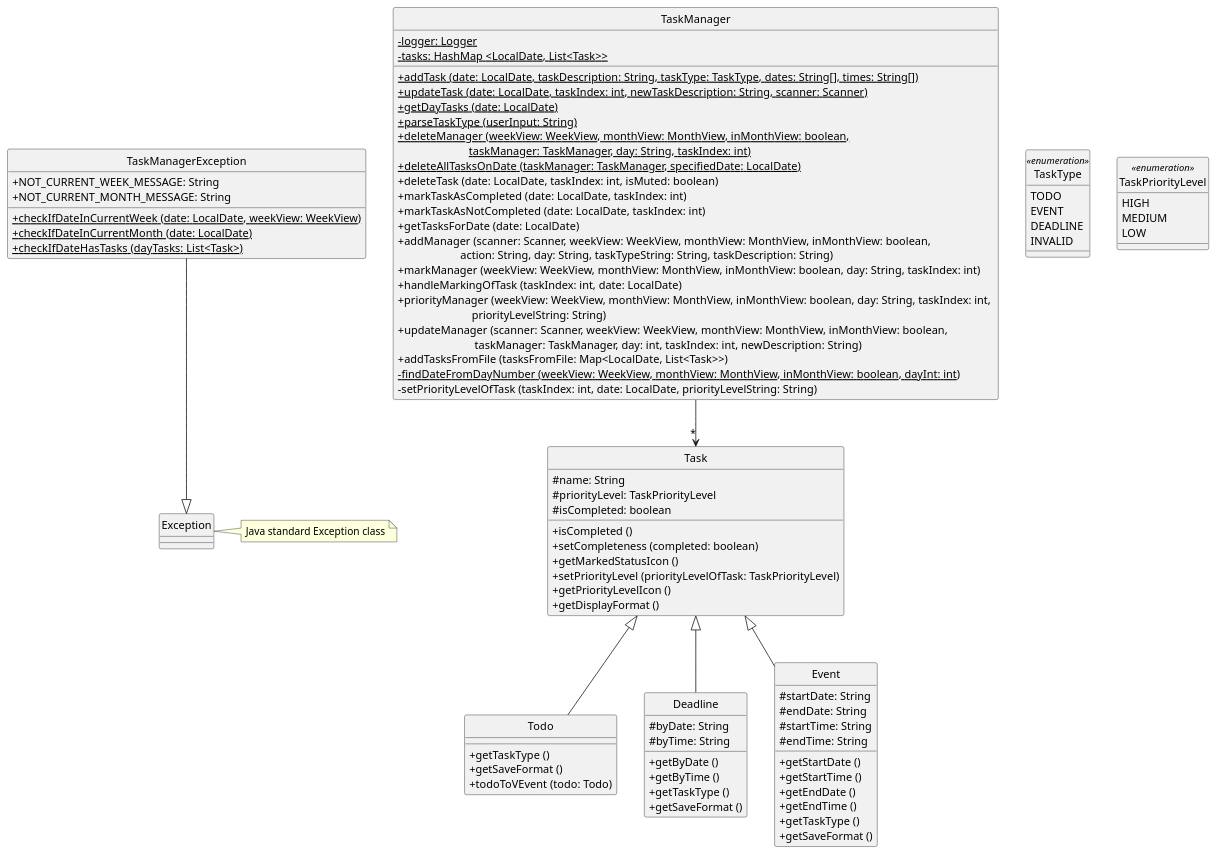
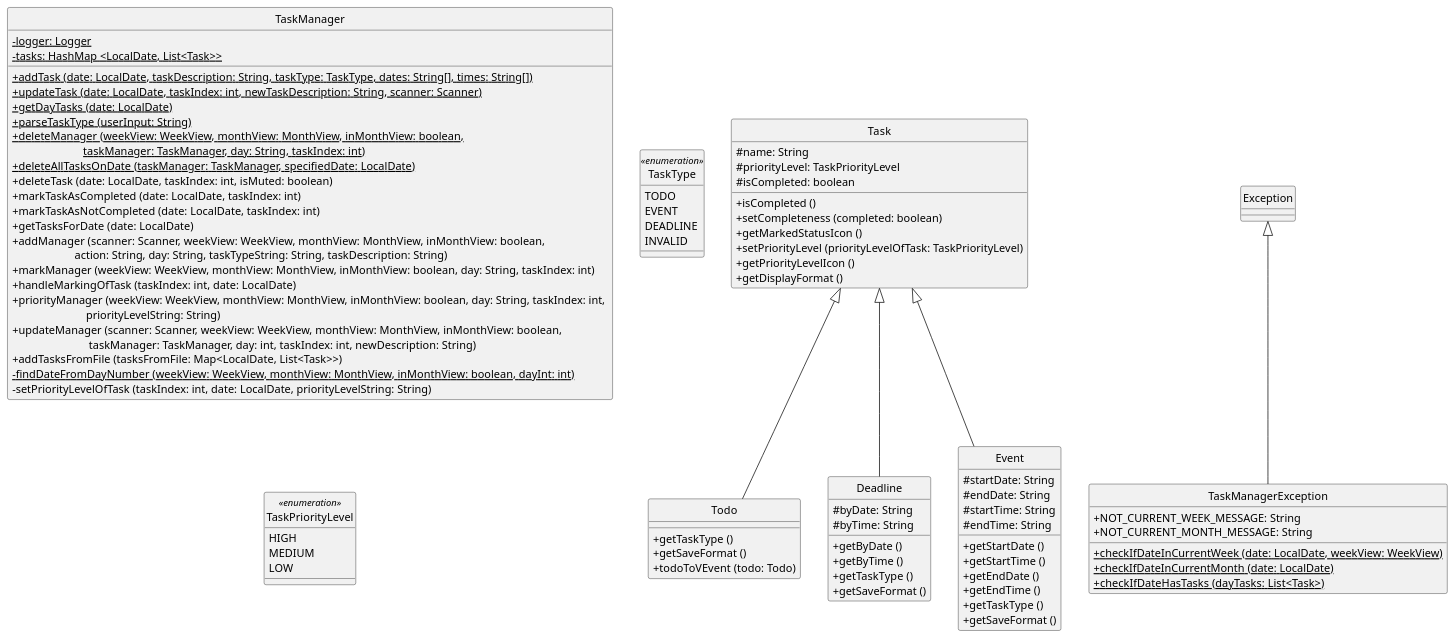
One commit to clarencepohh/tp changed the diagram in docs/diagrams/class/Data.puml. Above: the diagram before and after it, drawn with PlantUML.

Commit message:
Fix merge conflict issues

```diff
--- a/docs/diagrams/class/Data.puml
+++ b/docs/diagrams/class/Data.puml
@@ -1,94 +1,90 @@
 @startuml
 
 skinparam classAttributeIconSize 0
 
 class TaskManager {
 - {static} logger: Logger
 - {static} tasks: HashMap <LocalDate, List<Task>>
 + {static} addTask (date: LocalDate, taskDescription: String, taskType: TaskType, dates: String[], times: String[])
 + {static} updateTask (date: LocalDate, taskIndex: int, newTaskDescription: String, scanner: Scanner)
 + {static} getDayTasks (date: LocalDate)
 + {static} parseTaskType (userInput: String)
 + {static} deleteManager (weekView: WeekView, monthView: MonthView, inMonthView: boolean, \n                         taskManager: TaskManager, day: String, taskIndex: int)
 + {static} deleteAllTasksOnDate (taskManager: TaskManager, specifiedDate: LocalDate)
 + deleteTask (date: LocalDate, taskIndex: int, isMuted: boolean)
 + markTaskAsCompleted (date: LocalDate, taskIndex: int)
 + markTaskAsNotCompleted (date: LocalDate, taskIndex: int)
 + getTasksForDate (date: LocalDate)
 + addManager (scanner: Scanner, weekView: WeekView, monthView: MonthView, inMonthView: boolean, \n                      action: String, day: String, taskTypeString: String, taskDescription: String)
 + markManager (weekView: WeekView, monthView: MonthView, inMonthView: boolean, day: String, taskIndex: int)
 + handleMarkingOfTask (taskIndex: int, date: LocalDate)
 + priorityManager (weekView: WeekView, monthView: MonthView, inMonthView: boolean, day: String, taskIndex: int, \n                          priorityLevelString: String)
 + updateManager (scanner: Scanner, weekView: WeekView, monthView: MonthView, inMonthView: boolean, \n                           taskManager: TaskManager, day: int, taskIndex: int, newDescription: String)
 + addTasksFromFile (tasksFromFile: Map<LocalDate, List<Task>>)
 - {static} findDateFromDayNumber (weekView: WeekView, monthView: MonthView, inMonthView: boolean, dayInt: int)
 - setPriorityLevelOfTask (taskIndex: int, date: LocalDate, priorityLevelString: String)
 }
 
 class Task {
 # name: String
 # priorityLevel: TaskPriorityLevel
 # isCompleted: boolean
 + isCompleted ()
 + setCompleteness (completed: boolean)
 + getMarkedStatusIcon ()
 + setPriorityLevel (priorityLevelOfTask: TaskPriorityLevel)
 + getPriorityLevelIcon ()
 + getDisplayFormat ()
 }
 
 class Todo extends Task {
 + getTaskType ()
 + getSaveFormat ()
 + todoToVEvent (todo: Todo)
 }
 
 class Deadline extends Task {
 # byDate: String
 # byTime: String
 + getByDate ()
 + getByTime ()
 + getTaskType ()
 + getSaveFormat ()
 }
 class Event extends Task {
 # startDate: String
 # endDate: String
 # startTime: String
 # endTime: String
 + getStartDate ()
 + getStartTime ()
 + getEndDate ()
 + getEndTime ()
 + getTaskType ()
 + getSaveFormat ()
 }
 
-class TaskManagerException {
+class TaskManagerException extends Exception {
 + NOT_CURRENT_WEEK_MESSAGE: String
 + NOT_CURRENT_MONTH_MESSAGE: String
 + {static} checkIfDateInCurrentWeek (date: LocalDate, weekView: WeekView)
 + {static} checkIfDateInCurrentMonth (date: LocalDate)
 + {static} checkIfDateHasTasks (dayTasks: List<Task>)
 }
 
 enum TaskType <<enumeration>> {
 TODO
 EVENT
 DEADLINE
 INVALID
 }
 
 enum TaskPriorityLevel <<enumeration>> {
 HIGH
 MEDIUM
 LOW
 }
 
-
-TaskManager --> "*" Task
-TaskManagerException --|> Exception
-note right of Exception : Java standard Exception class
 hide circle
 
 @enduml
```
